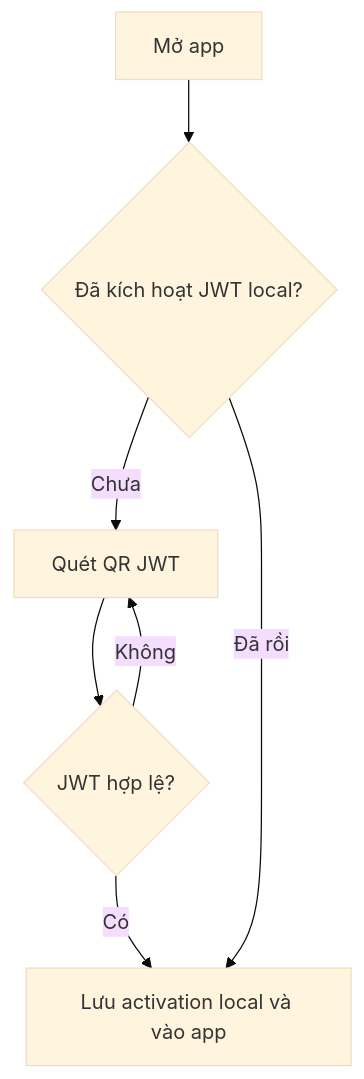
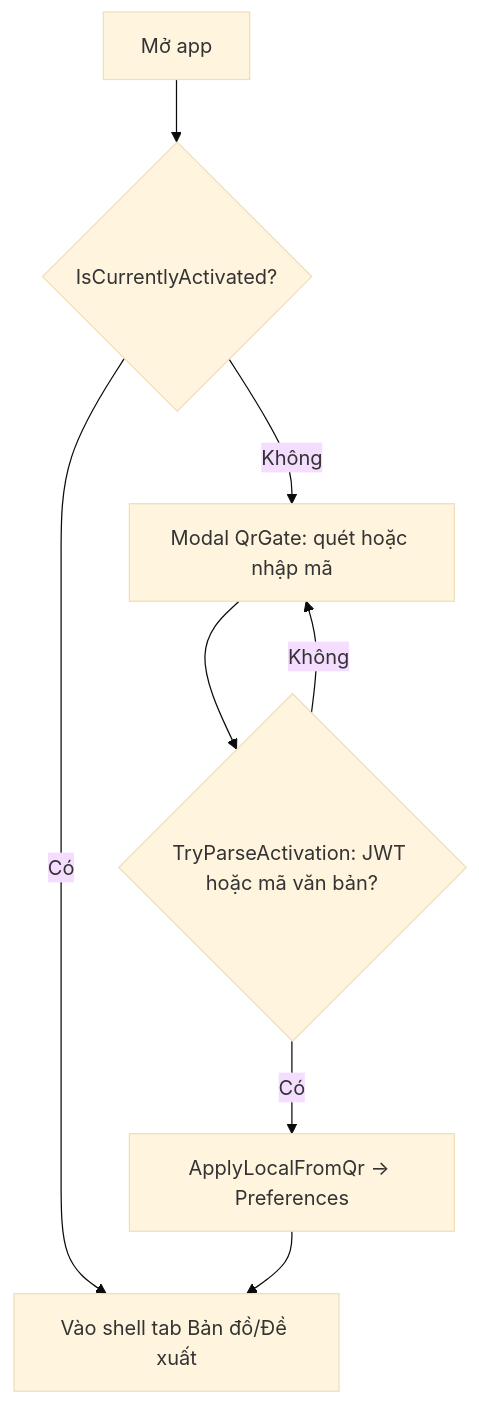
Diagram 30 of 55 in prd.md (NguyenPhuc-Du/StreetFood), drawn with Mermaid (base theme) before and after one commit. The commit also changed other lines of this file and 8 other files, not shown here.

````diff
--- a/prd.md
+++ b/prd.md
@@ -1109,9 +1212,10 @@
 ```mermaid
 flowchart TD
-    M0[Mở app] --> M1{Đã kích hoạt JWT local?}
-    M1 -- Chưa --> M2[Quét QR JWT]
-    M2 --> M3{JWT hợp lệ?}
+    M0[Mở app] --> M1{IsCurrentlyActivated?}
+    M1 -- Có --> M4[Vào shell tab Bản đồ/Đề xuất]
+    M1 -- Không --> M2[Modal QrGate: quét hoặc nhập mã]
+    M2 --> M3{TryParseActivation: JWT hoặc mã văn bản?}
     M3 -- Không --> M2
-    M3 -- Có --> M4[Lưu activation local và vào app]
-    M1 -- Đã rồi --> M4
+    M3 -- Có --> M5[ApplyLocalFromQr → Preferences]
+    M5 --> M4
 ```
````
